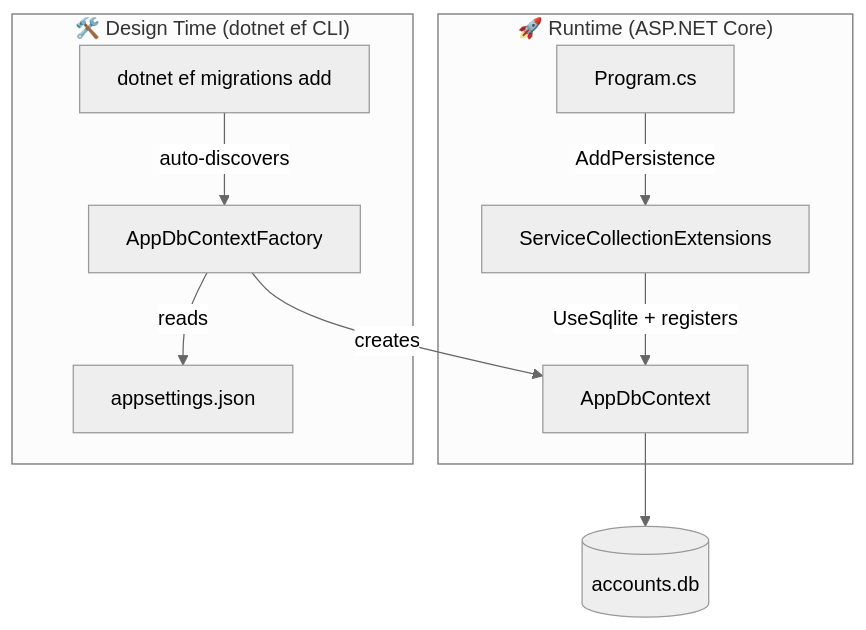
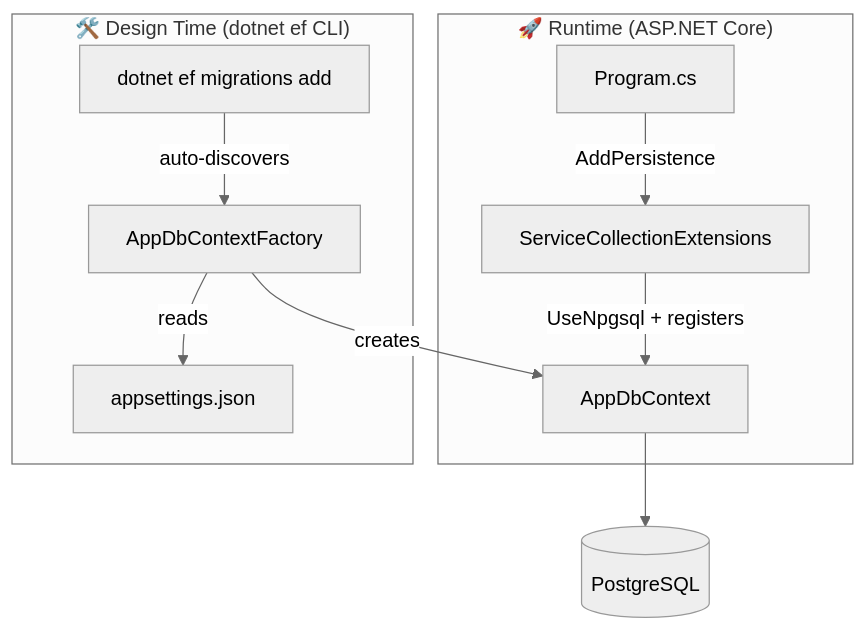
The seventh of 7 diagrams in README.md (deanagan/account-service), drawn with Mermaid (neutral theme) before and after one commit. The commit also changed other lines of this file and 8 other files, not shown here.

````diff
--- a/README.md
+++ b/README.md
@@ -520,15 +619,15 @@
 ```mermaid
 flowchart TD
     subgraph Runtime["🚀 Runtime (ASP.NET Core)"]
         PC[Program.cs] -->|AddPersistence| SC[ServiceCollectionExtensions]
-        SC -->|UseSqlite + registers| CTX[AppDbContext]
+        SC -->|UseNpgsql + registers| CTX[AppDbContext]
     end
 
     subgraph DesignTime["🛠️ Design Time (dotnet ef CLI)"]
         CLI[dotnet ef migrations add] -->|auto-discovers| FAC[AppDbContextFactory]
         FAC -->|reads| CFG[appsettings.json]
         FAC -->|creates| CTX
     end
 
-    CTX --> DB[(accounts.db)]
+    CTX --> DB[(PostgreSQL)]
 ```
````
